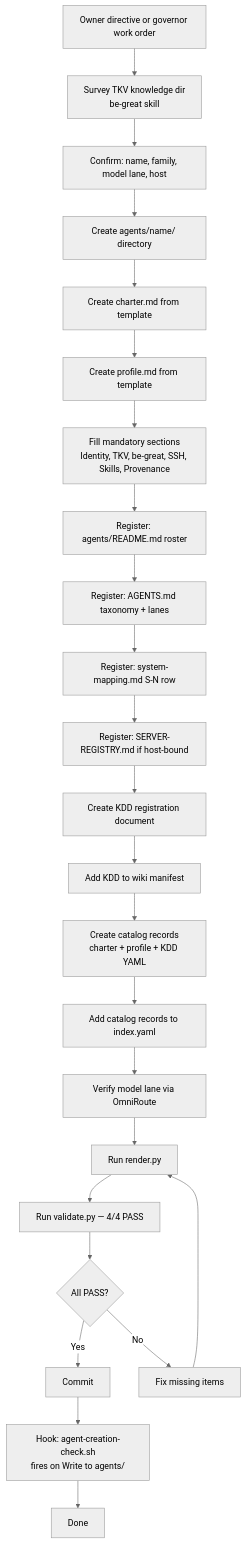
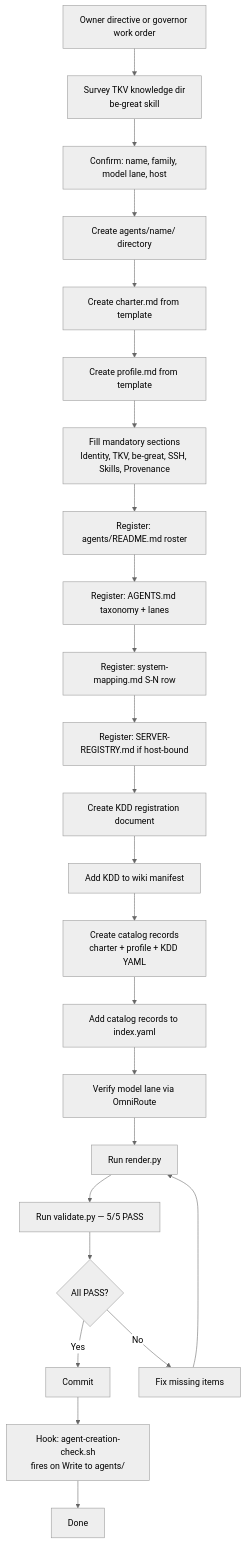
One commit to Hana-X-AI/HX-ASF-Servers changed the diagram in governace/process/agent-creation-workflow.md. Above: the diagram before and after it, drawn with Mermaid (neutral theme). The commit also changed 35 other files, not shown here.

````diff
--- a/governace/process/agent-creation-workflow.md
+++ b/governace/process/agent-creation-workflow.md
@@ -3,26 +3,26 @@
 ```mermaid
 flowchart TD
     A[Owner directive or governor work order] --> B[Survey TKV knowledge dir\nbe-great skill]
     B --> C[Confirm: name, family, model lane, host]
     C --> D[Create agents/name/ directory]
     D --> E[Create charter.md from template]
     E --> F[Create profile.md from template]
     F --> G[Fill mandatory sections\nIdentity, TKV, be-great, SSH, Skills, Provenance]
     G --> H[Register: agents/README.md roster]
     H --> I[Register: AGENTS.md taxonomy + lanes]
     I --> J[Register: system-mapping.md S-N row]
     J --> K[Register: SERVER-REGISTRY.md if host-bound]
     K --> L[Create KDD registration document]
     L --> M[Add KDD to wiki manifest]
     M --> N[Create catalog records\ncharter + profile + KDD YAML]
     N --> O[Add catalog records to index.yaml]
     O --> P[Verify model lane via OmniRoute]
     P --> Q[Run render.py]
-    Q --> R[Run validate.py — 4/4 PASS]
+    Q --> R[Run validate.py — 5/5 PASS]
     R --> S{All PASS?}
     S -->|Yes| T[Commit]
     S -->|No| U[Fix missing items]
     U --> Q
     T --> V[Hook: agent-creation-check.sh\nfires on Write to agents/]
     V --> W[Done]
 ```
````
